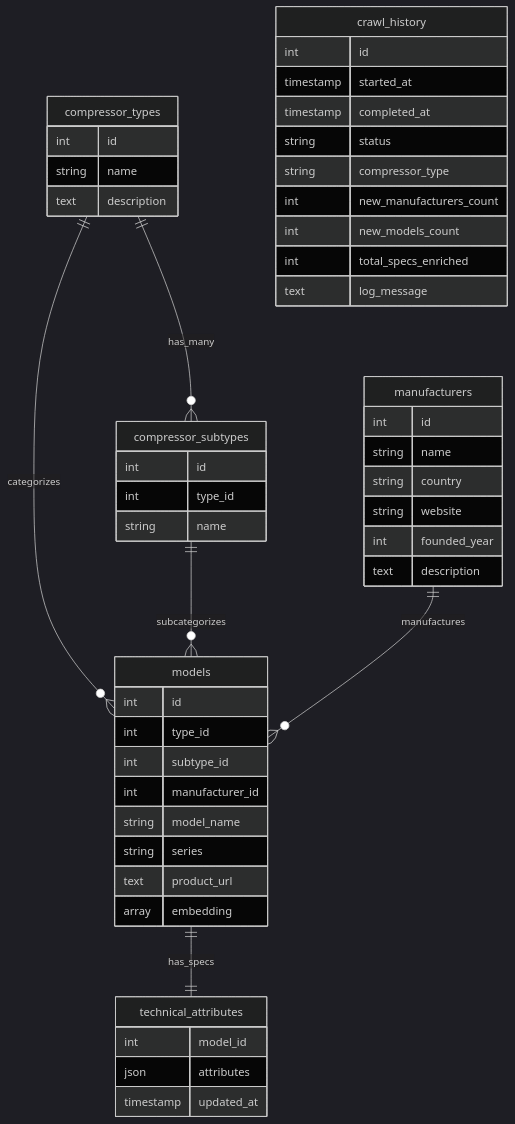
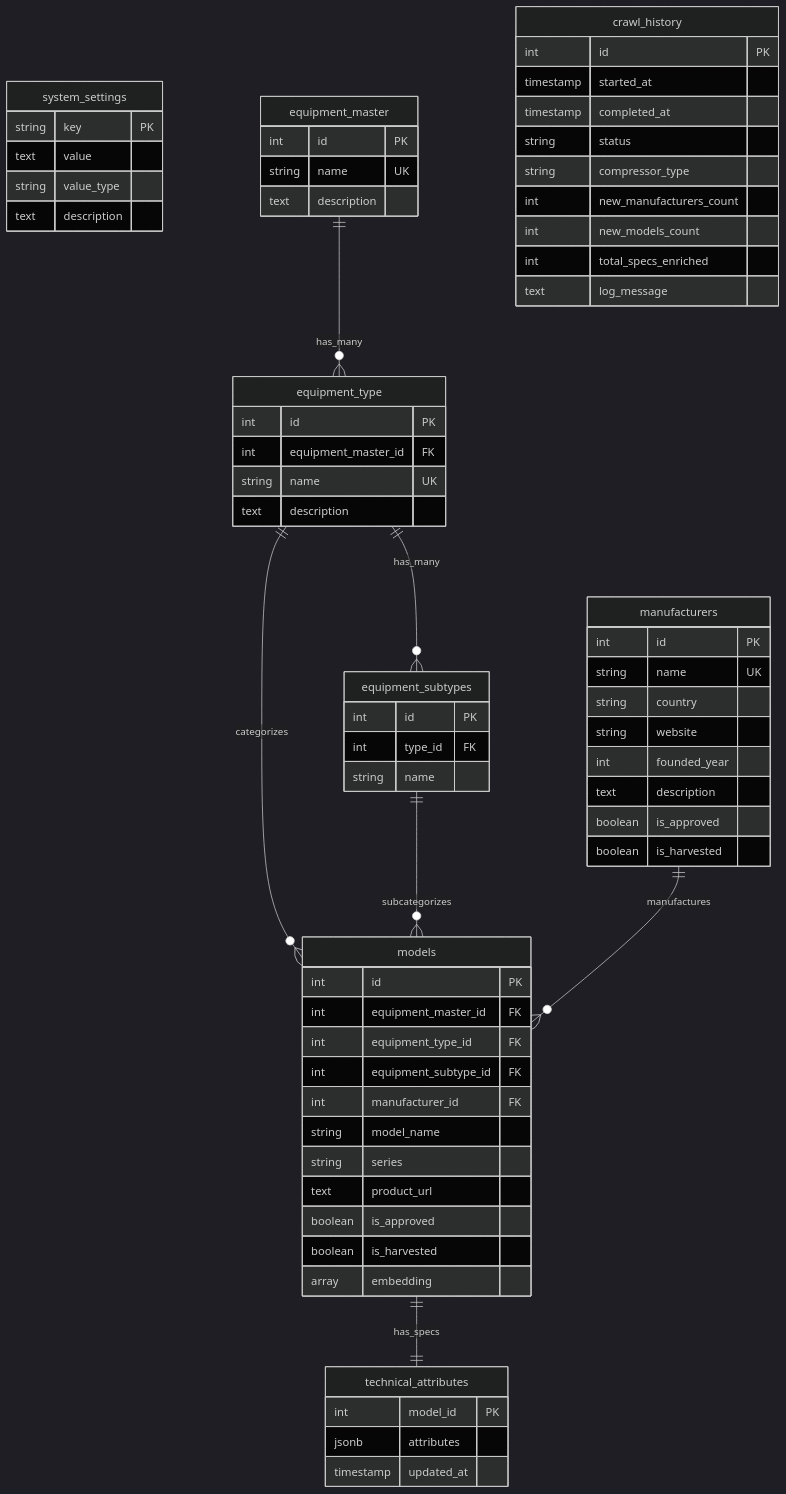
One commit to Anshdeep/Pump-Crawler changed the third of 3 diagrams in Equipment/PROJECT_DOCUMENTATION.md. Above: the diagram before and after it, drawn with Mermaid (dark theme). The commit also changed other lines of this file and 26 other files, not shown here.

````diff
--- a/Equipment/PROJECT_DOCUMENTATION.md
+++ b/Equipment/PROJECT_DOCUMENTATION.md
@@ -95,53 +97,71 @@
 ```mermaid
 erDiagram
-    compressor_types ||--o{ compressor_subtypes : has_many
-    compressor_types ||--o{ models : categorizes
-    compressor_subtypes ||--o{ models : subcategorizes
+    system_settings {
+        string key PK
+        text value
+        string value_type
+        text description
+    }
+    equipment_master ||--o{ equipment_type : has_many
+    equipment_type ||--o{ equipment_subtypes : has_many
+    equipment_type ||--o{ models : categorizes
+    equipment_subtypes ||--o{ models : subcategorizes
     manufacturers ||--o{ models : manufactures
     models ||--|| technical_attributes : has_specs
 
-    compressor_types {
-        int id
-        string name
+    equipment_master {
+        int id PK
+        string name UK
         text description
     }
-    compressor_subtypes {
-        int id
-        int type_id
+    equipment_type {
+        int id PK
+        int equipment_master_id FK
+        string name UK
+        text description
+    }
+    equipment_subtypes {
+        int id PK
+        int type_id FK
         string name
     }
     manufacturers {
-        int id
-        string name
+        int id PK
+        string name UK
         string country
         string website
         int founded_year
         text description
+        boolean is_approved
+        boolean is_harvested
     }
     models {
-        int id
-        int type_id
-        int subtype_id
-        int manufacturer_id
+        int id PK
+        int equipment_master_id FK
+        int equipment_type_id FK
+        int equipment_subtype_id FK
+        int manufacturer_id FK
         string model_name
         string series
         text product_url
+        boolean is_approved
+        boolean is_harvested
         array embedding
     }
     technical_attributes {
-        int model_id
-        json attributes
+        int model_id PK
+        jsonb attributes
         timestamp updated_at
     }
     crawl_history {
-        int id
+        int id PK
         timestamp started_at
         timestamp completed_at
         string status
         string compressor_type
         int new_manufacturers_count
         int new_models_count
         int total_specs_enriched
         text log_message
     }
 ```
````
